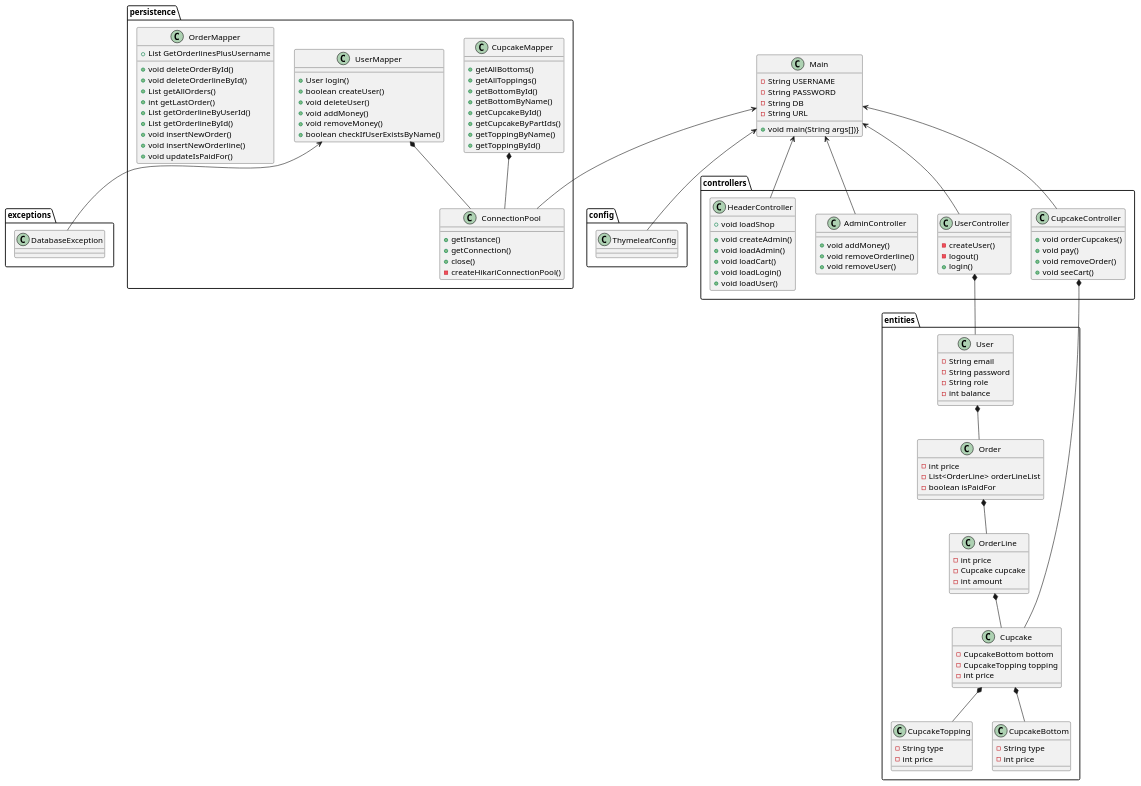
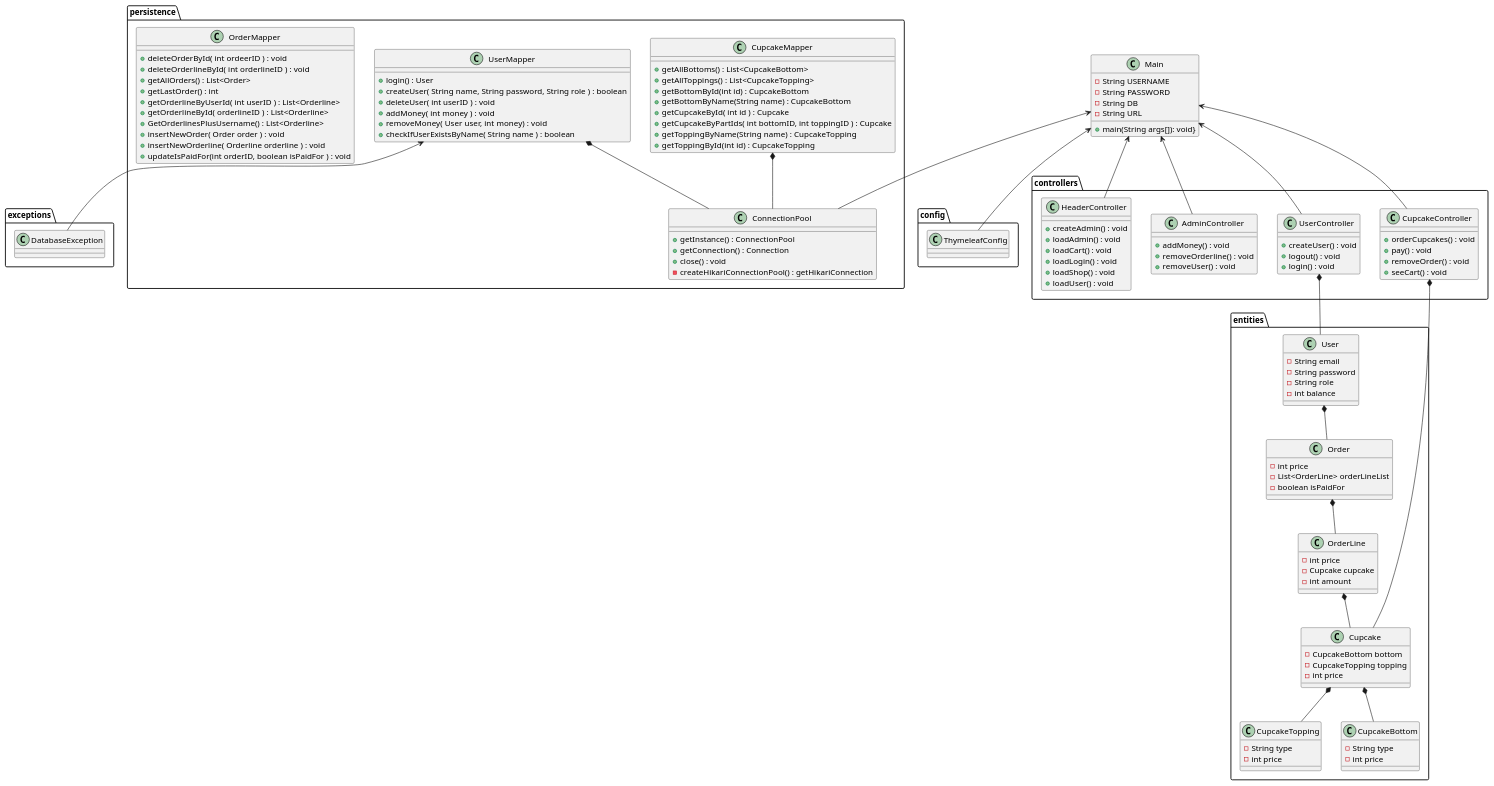
One commit to Magnewei/CupcakeProject changed the diagram in src/main/resources/Diagrams/Class.puml. Above: the diagram before and after it, drawn with PlantUML.

Commit message:
Camel cased method names. Changed class diagram

```diff
--- a/src/main/resources/Diagrams/Class.puml
+++ b/src/main/resources/Diagrams/Class.puml
@@ -1,155 +1,155 @@
 @startuml
 'https://plantuml.com/class-diagram
 
 'Main
 Main <-- config.ThymeleafConfig
 Main <-- persistence.ConnectionPool
 Main <-- controllers.UserController
 Main <-- controllers.CupcakeController
 Main <-- controllers.AdminController
 Main <-- controllers.HeaderController
 
 
 'entities
 entities.Cupcake *-- entities.CupcakeTopping
 entities.Cupcake *-- entities.CupcakeBottom
 entities.Order *-- entities.OrderLine
 entities.OrderLine *-- entities.Cupcake
 entities.User *-- entities.Order
 
 'persistence
 persistence.UserMapper *-- persistence.ConnectionPool
 persistence.CupcakeMapper *-- persistence.ConnectionPool
 persistence.UserMapper <-- exceptions.DatabaseException
 
 'controllers
 controllers.CupcakeController *-- entities.Cupcake
 controllers.UserController *-- entities.User
 
 class Main {
 -String USERNAME
 -String PASSWORD
 -String DB
 -String URL
-+void main(String args[])}
++main(String args[]): void}
 }
 
 package entities {
 class Cupcake{
 -CupcakeBottom bottom
 -CupcakeTopping topping
 -int price
 }
 
 class User{
 -String email
 -String password
 -String role
 -int balance
 }
 
 class CupcakeBottom {
 -String type
 -int price
 }
 class CupcakeTopping {
 -String type
 -int price
 }
 
 class OrderLine{
 -int price
 -Cupcake cupcake
 -int amount
 }
 
 class Order {
 -int price
 -List<OrderLine> orderLineList
 -boolean isPaidFor
 }
 
 }
 
 package exceptions {
 class DatabaseException {}
 }
 
 package persistence {
 class ConnectionPool {
-+getInstance()
-+getConnection()
-+close()
--createHikariConnectionPool()
++getInstance() : ConnectionPool
++getConnection() : Connection
++close() : void
+-createHikariConnectionPool() : getHikariConnection
 }
 
 class CupcakeMapper {
-+getAllBottoms()
-+getAllToppings()
-+getBottomById()
-+getBottomByName()
-+getCupcakeById()
-+getCupcakeByPartIds()
-+getToppingByName()
-+getToppingById()
++getAllBottoms() : List<CupcakeBottom>
++getAllToppings() : List<CupcakeTopping>
++getBottomById(int id) : CupcakeBottom
++getBottomByName(String name) : CupcakeBottom
++getCupcakeById( int id ) : Cupcake
++getCupcakeByPartIds( int bottomID, int toppingID ) : Cupcake
++getToppingByName(String name) : CupcakeTopping
++getToppingById(int id) : CupcakeTopping
 }
 
 class UserMapper{
-+User login()
-+boolean createUser()
-+void deleteUser()
-+void addMoney()
-+void removeMoney()
-+boolean checkIfUserExistsByName()
++login() : User
++createUser( String name, String password, String role ) : boolean
++deleteUser( int userID ) : void
++addMoney( int money ) : void
++removeMoney( User user, int money) : void
++checkIfUserExistsByName( String name ) : boolean
 }
 
 class OrderMapper {
-+void deleteOrderById()
-+void deleteOrderlineById()
-+List getAllOrders()
-+int getLastOrder()
-+List getOrderlineByUserId()
-+List getOrderlineById()
-+List GetOrderlinesPlusUsername
-+void insertNewOrder()
-+void insertNewOrderline()
-+void updateIsPaidFor()
++deleteOrderById( int ordeerID ) : void
++deleteOrderlineById( int orderlineID ) : void
++getAllOrders() : List<Order>
++getLastOrder() : int
++getOrderlineByUserId( int userID ) : List<Orderline>
++getOrderlineById( orderlineID ) : List<Orderline>
++GetOrderlinesPlusUsername() : List<Orderline>
++insertNewOrder( Order order ) : void
++insertNewOrderline( Orderline orderline ) : void
++updateIsPaidFor(int orderID, boolean isPaidFor ) : void
 }
 }
 
 package config {
 class ThymeleafConfig{}
 }
 
 package controllers{
 class UserController{
--createUser()
--logout()
-+login()
++createUser() : void
++logout() : void
++login() : void
 }
 
 class CupcakeController{
-+void orderCupcakes()
-+void pay()
-+void removeOrder()
-+void seeCart()
++orderCupcakes() : void
++pay() : void
++removeOrder() : void
++seeCart() : void
 }
 
 class HeaderController {
-+void createAdmin()
-+void loadAdmin()
-+void loadCart()
-+void loadLogin()
-+void loadShop
-+void loadUser()
++createAdmin() : void
++loadAdmin() : void
++loadCart() : void
++loadLogin() : void
++loadShop() : void
++loadUser() : void
 }
 
 class AdminController {
-+void addMoney()
-+void removeOrderline()
-+void removeUser()
++addMoney() : void
++removeOrderline() : void
++removeUser() : void
 }
 }
 
 
 @enduml
```
